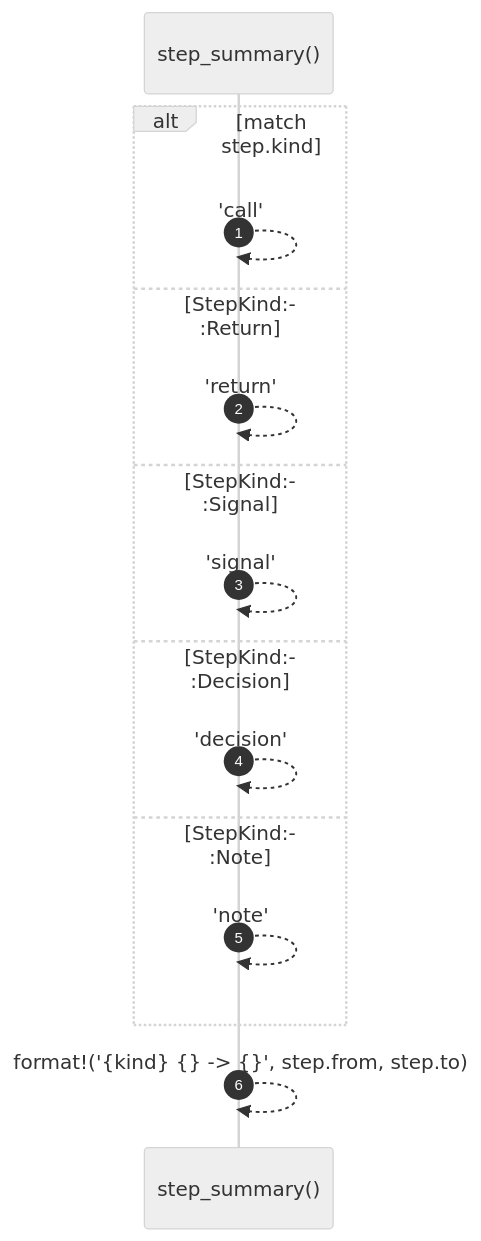
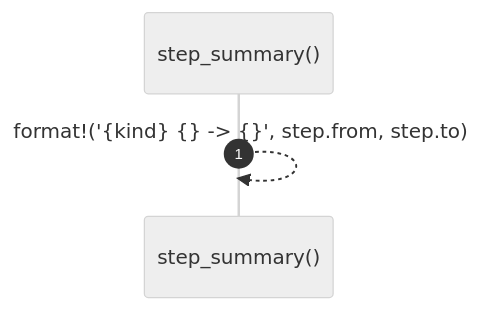
Before and after one commit to RyanGuild/self-describing-code: the diagram in docs/self-model/robby_render/step-summary.md, drawn with Mermaid (neutral theme). The commit also changed other lines of this file and 1404 other files, not shown here.

````diff
--- a/docs/self-model/robby_render/step-summary.md
+++ b/docs/self-model/robby_render/step-summary.md
@@ -28,17 +28,6 @@
 ```mermaid
 sequenceDiagram
     autonumber
     participant step_summary as step_summary()
-    alt match step.kind
-    step_summary-->>step_summary: 'call'
-    else StepKind::Return
-    step_summary-->>step_summary: 'return'
-    else StepKind::Signal
-    step_summary-->>step_summary: 'signal'
-    else StepKind::Decision
-    step_summary-->>step_summary: 'decision'
-    else StepKind::Note
-    step_summary-->>step_summary: 'note'
-    end
     step_summary-->>step_summary: format!('{kind} {} -> {}', step.from, step.to)
 ```
````
